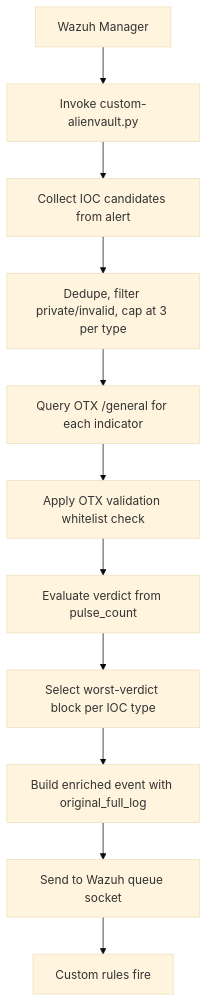
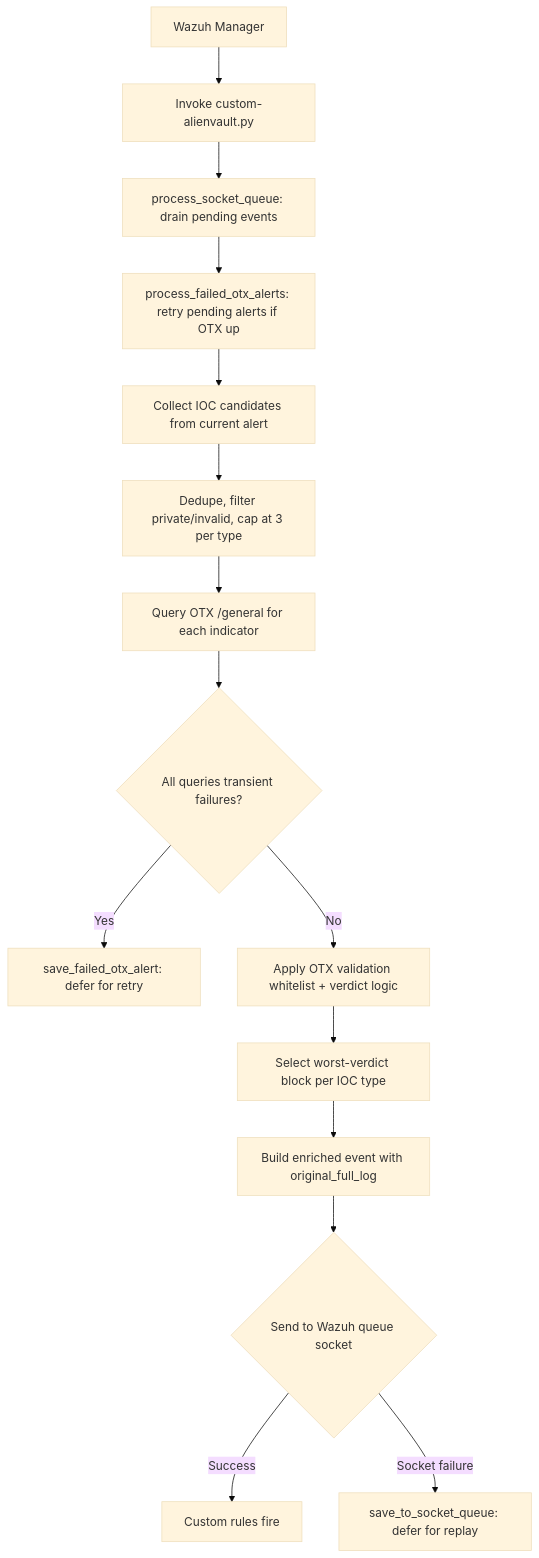
Before and after one commit to leonfullxr/Wazuh: the diagram in integrations/alienvault_otx/README.md, drawn with Mermaid (base theme). The commit also changed other lines of this file and 1 other file, not shown here.

First line of the commit message:
Introduces on-disk queuing to prevent data loss during transient failures, such as Wazuh socket unavailability or AlienVault OTX API downtime. Implements separate queues for failed socket delivery and failed enrichment retries, with automatic processing on subsequent script invocations.

````diff
--- a/integrations/alienvault_otx/README.md
+++ b/integrations/alienvault_otx/README.md
@@ -186,13 +201,17 @@
 ```mermaid
 graph TD
     A[Wazuh Manager] --> B[Invoke custom-alienvault.py]
-    B --> C[Collect IOC candidates from alert]
-    C --> D[Dedupe, filter private/invalid, cap at 3 per type]
-    D --> E[Query OTX /general for each indicator]
-    E --> F[Apply OTX validation whitelist check]
-    F --> G[Evaluate verdict from pulse_count]
-    G --> H[Select worst-verdict block per IOC type]
-    H --> I[Build enriched event with original_full_log]
-    I --> J[Send to Wazuh queue socket]
-    J --> K[Custom rules fire]
+    B --> C[process_socket_queue: drain pending events]
+    C --> D[process_failed_otx_alerts: retry pending alerts if OTX up]
+    D --> E[Collect IOC candidates from current alert]
+    E --> F[Dedupe, filter private/invalid, cap at 3 per type]
+    F --> G[Query OTX /general for each indicator]
+    G --> H{All queries transient failures?}
+    H -->|Yes| I[save_failed_otx_alert: defer for retry]
+    H -->|No| J[Apply OTX validation whitelist + verdict logic]
+    J --> K[Select worst-verdict block per IOC type]
+    K --> L[Build enriched event with original_full_log]
+    L --> M{Send to Wazuh queue socket}
+    M -->|Success| N[Custom rules fire]
+    M -->|Socket failure| O[save_to_socket_queue: defer for replay]
 ```
````
